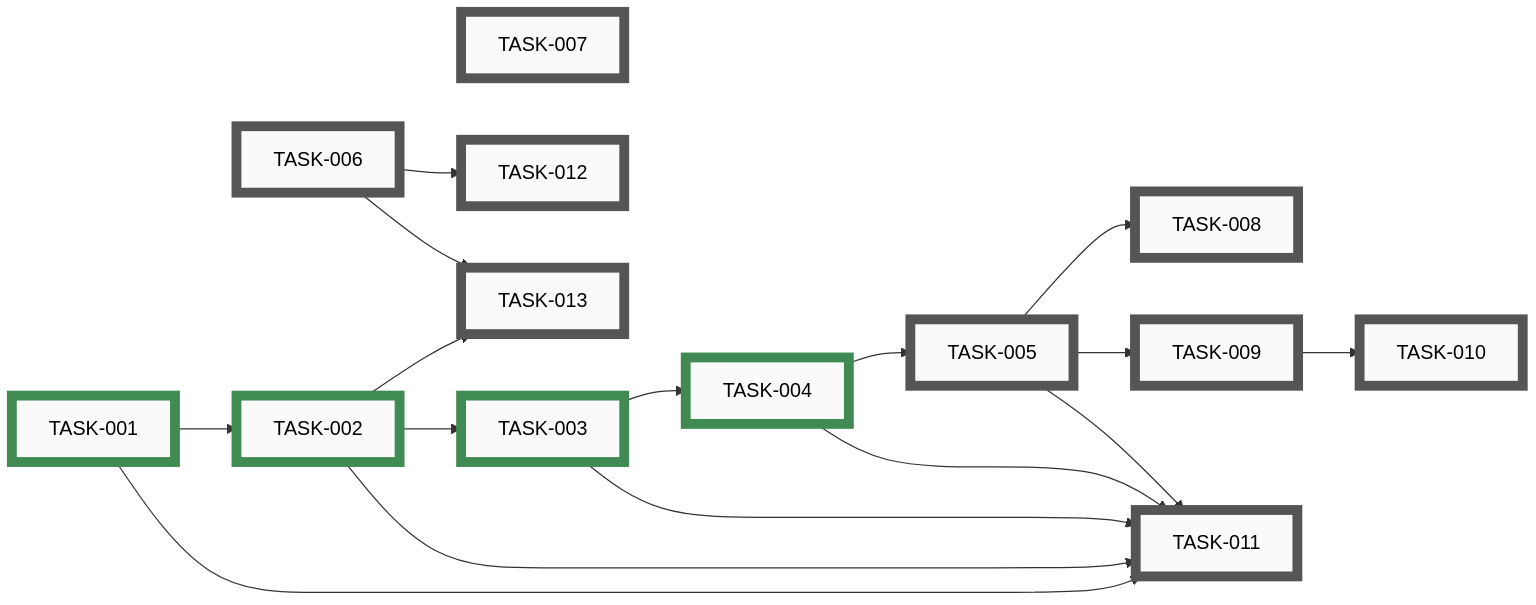
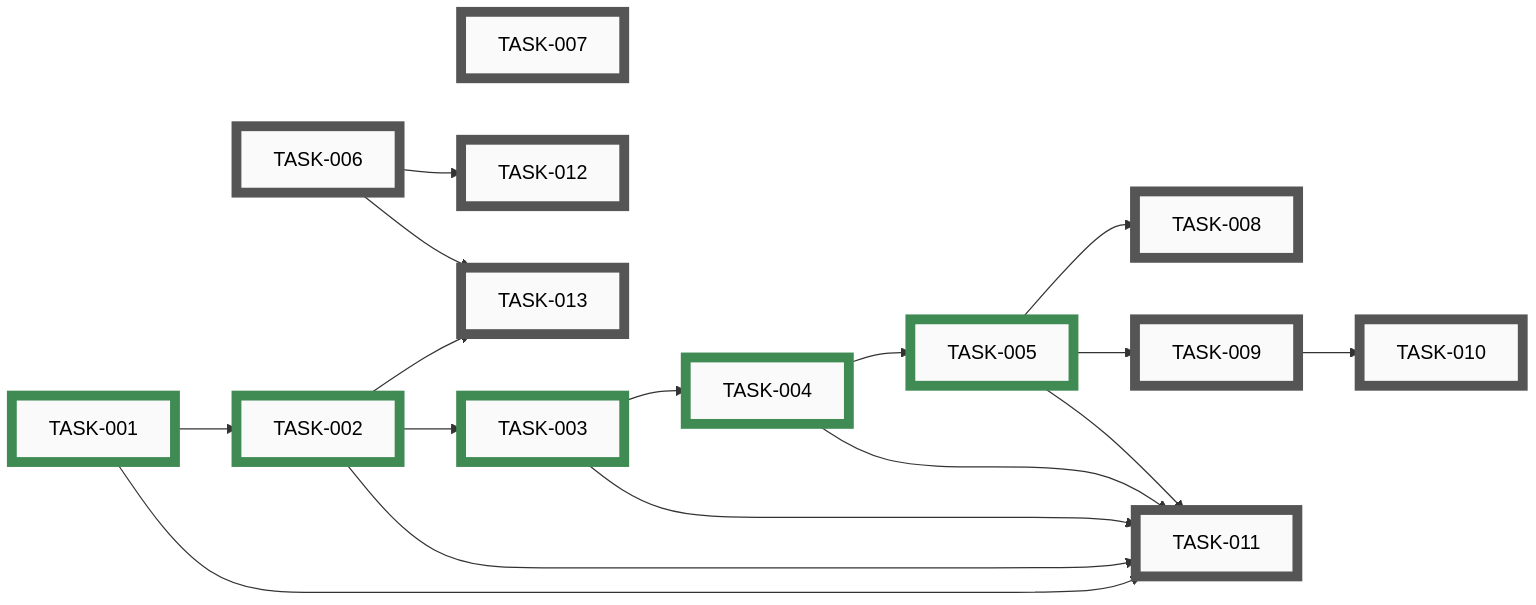
Before and after one commit to tgd1975/PartsLedger: the diagram in docs/developers/tasks/EPICS.md, drawn with Mermaid. The commit also changed other lines of this file and 4 other files, not shown here.

First line of the commit message:
close TASK-005: Author .claude/settings.json with allowlist + deny

````diff
--- a/docs/developers/tasks/EPICS.md
+++ b/docs/developers/tasks/EPICS.md
@@ -21,53 +21,53 @@
 ```mermaid
 graph LR
-    TASK_005["TASK-005"]:::open
     TASK_006["TASK-006"]:::open
     TASK_007["TASK-007"]:::open
     TASK_008["TASK-008"]:::open
     TASK_009["TASK-009"]:::open
     TASK_010["TASK-010"]:::open
     TASK_011["TASK-011"]:::open
     TASK_012["TASK-012"]:::open
     TASK_013["TASK-013"]:::open
     TASK_001["TASK-001"]:::closed
     TASK_002["TASK-002"]:::closed
     TASK_003["TASK-003"]:::closed
     TASK_004["TASK-004"]:::closed
-    TASK_004 --> TASK_005
+    TASK_005["TASK-005"]:::closed
     TASK_005 --> TASK_008
     TASK_005 --> TASK_009
     TASK_009 --> TASK_010
     TASK_001 --> TASK_011
     TASK_002 --> TASK_011
     TASK_003 --> TASK_011
     TASK_004 --> TASK_011
     TASK_005 --> TASK_011
     TASK_006 --> TASK_012
     TASK_002 --> TASK_013
     TASK_006 --> TASK_013
     TASK_001 --> TASK_002
     TASK_002 --> TASK_003
     TASK_003 --> TASK_004
+    TASK_004 --> TASK_005
     TASK_001 ~~~ TASK_006 ~~~ TASK_007
-    click TASK_005 "open/task-005-settings-json.md"
     click TASK_006 "open/task-006-docs-verbatim-port.md"
     click TASK_007 "open/task-007-architecture-doc.md"
     click TASK_008 "open/task-008-security-review-hooks.md"
     click TASK_009 "open/task-009-codeowner-mechanism.md"
     click TASK_010 "open/task-010-codeowner-starter-skills.md"
     click TASK_011 "open/task-011-claude-md-rewrite.md"
     click TASK_012 "open/task-012-epic-run-and-autonomy.md"
     click TASK_013 "open/task-013-apply-branch-protection.md"
     click TASK_001 "closed/task-001-delete-sync-layer.md"
     click TASK_002 "closed/task-002-python-skeleton.md"
     click TASK_003 "closed/task-003-replace-pre-commit.md"
     click TASK_004 "closed/task-004-upgrade-commit-skill.md"
+    click TASK_005 "closed/task-005-settings-json.md"
     classDef open    fill:#FAFAFA,stroke:#555,stroke-width:8px,color:#000
     classDef active  fill:#FAFAFA,stroke:#1A6FA8,stroke-width:8px,color:#000
     classDef closed  fill:#FAFAFA,stroke:#3F8B53,stroke-width:8px,color:#000
     classDef paused  fill:#FAFAFA,stroke:#B07810,stroke-width:8px,color:#000
     classDef openExt    fill:#000,stroke:#888,stroke-width:8px,color:#FFF
     classDef activeExt  fill:#000,stroke:#3FA9F5,stroke-width:8px,color:#FFF
     classDef closedExt  fill:#000,stroke:#7CC68A,stroke-width:8px,color:#FFF
     classDef pausedExt  fill:#000,stroke:#F0B030,stroke-width:8px,color:#FFF
 ```
````
